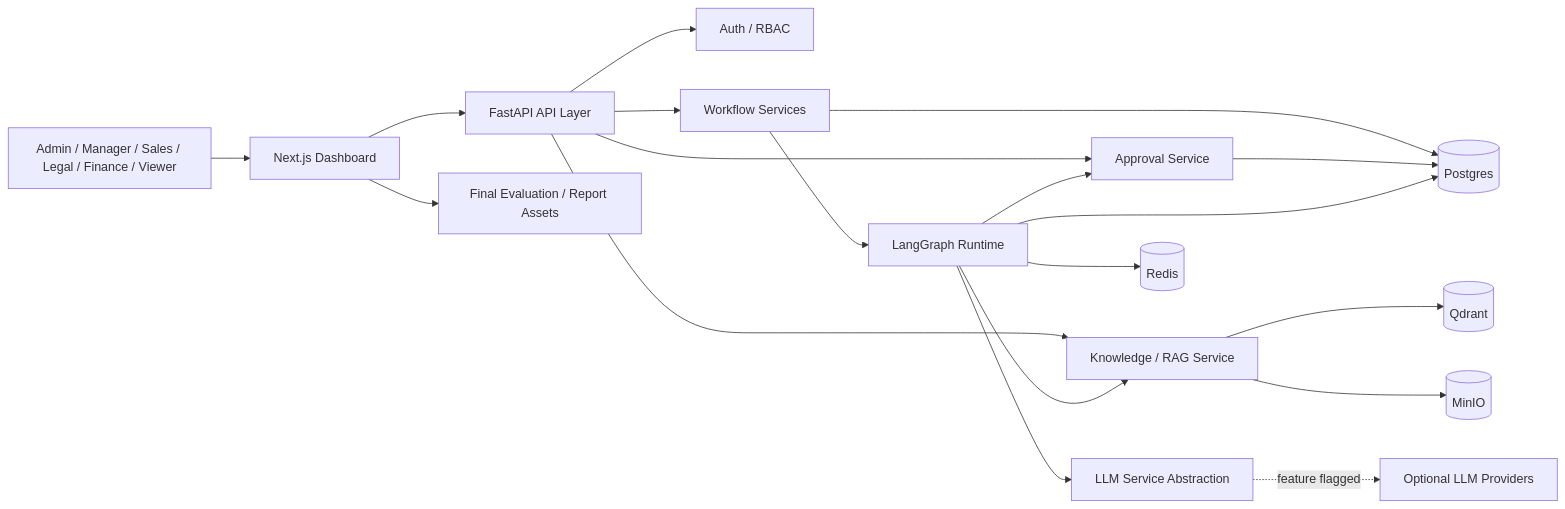
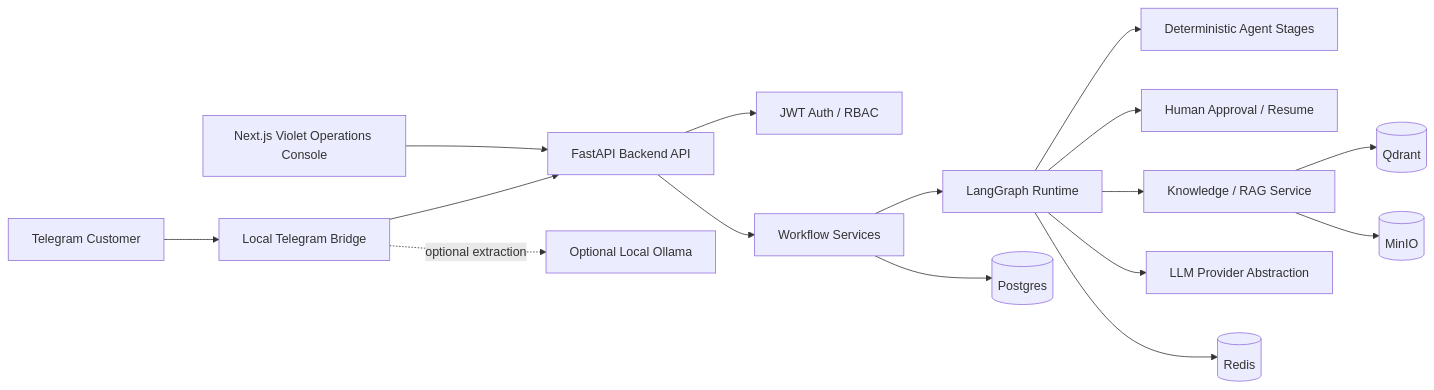
One commit to hzjanuary/graduation-project-2 changed the diagram in README.md. Above: the diagram before and after it, drawn with Mermaid. The commit also changed other lines of this file and 31 other files, not shown here.

Commit message:
Implement Violet Operations Console frontend redesign and refresh README

````diff
--- a/README.md
+++ b/README.md
@@ -67,37 +78,35 @@
 ```mermaid
 flowchart LR
-  User[Admin / Manager / Sales / Legal / Finance / Viewer]
-  Frontend[Next.js Dashboard]
-  API[FastAPI API Layer]
-  Auth[Auth / RBAC]
+  Telegram[Telegram Customer]
+  Bridge[Local Telegram Bridge]
+  Frontend[Next.js Violet Operations Console]
+  API[FastAPI Backend API]
+  Auth[JWT Auth / RBAC]
   Workflow[Workflow Services]
   Runtime[LangGraph Runtime]
-  Approval[Approval Service]
+  Agents[Deterministic Agent Stages]
+  Approval[Human Approval / Resume]
   Knowledge[Knowledge / RAG Service]
-  LLM[LLM Service Abstraction]
+  LLM[LLM Provider Abstraction]
   Postgres[(Postgres)]
   Redis[(Redis)]
   Qdrant[(Qdrant)]
   MinIO[(MinIO)]
-  Providers[Optional LLM Providers]
-  Docs[Final Evaluation / Report Assets]
+  Ollama[Optional Local Ollama]
 
-  User --> Frontend
+  Telegram --> Bridge
+  Bridge --> API
   Frontend --> API
   API --> Auth
   API --> Workflow
-  API --> Approval
-  API --> Knowledge
   Workflow --> Runtime
+  Runtime --> Agents
   Runtime --> Approval
   Runtime --> Knowledge
   Runtime --> LLM
-  LLM -. feature flagged .-> Providers
+  Bridge -. optional extraction .-> Ollama
   Workflow --> Postgres
-  Approval --> Postgres
-  Runtime --> Postgres
   Runtime --> Redis
   Knowledge --> Qdrant
   Knowledge --> MinIO
-  Frontend --> Docs
 ```
````
